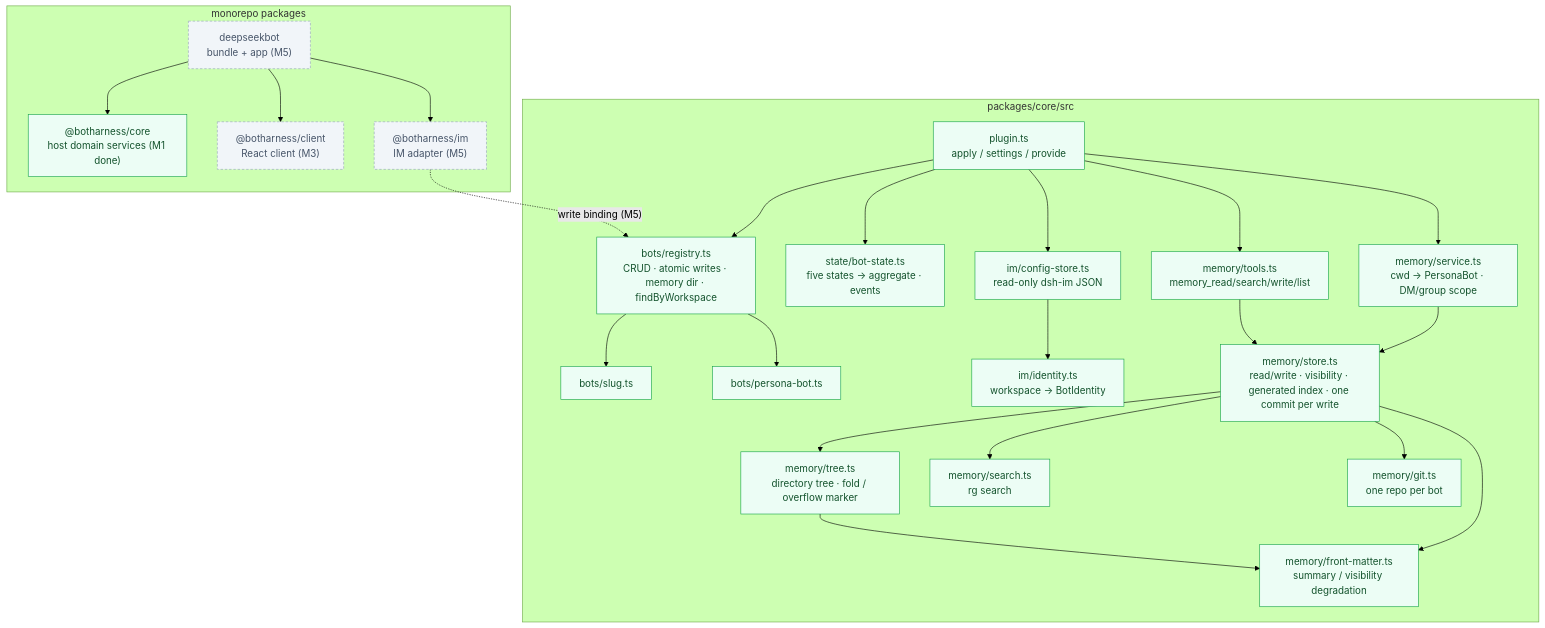
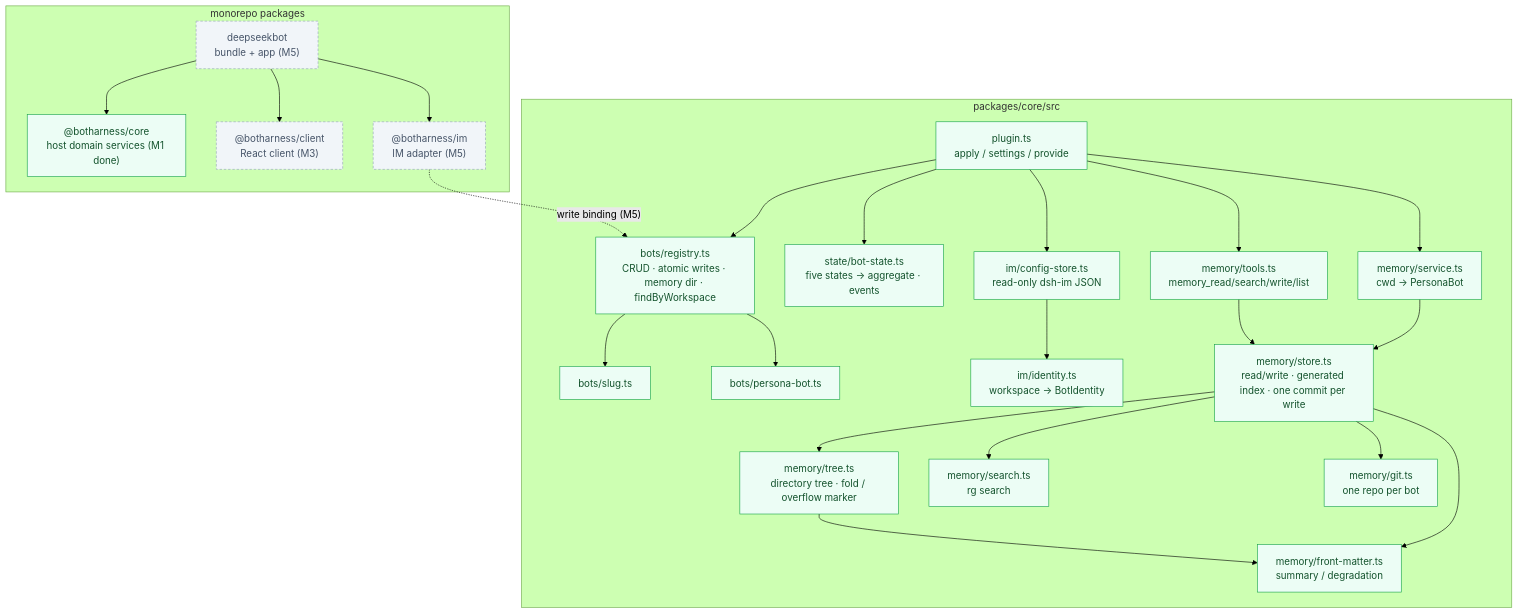
Before and after one commit to BotHarness/BotHarness: the second of 6 diagrams in docs/architecture/botharness-architecture.en.md, drawn with Mermaid (forest theme). The commit also changed other lines of this file and 44 other files, not shown here.

First line of the commit message:
refactor(core): drop memory visibility and scope — sharing is an export-time decision

````diff
--- a/docs/architecture/botharness-architecture.en.md
+++ b/docs/architecture/botharness-architecture.en.md
@@ -44,52 +44,52 @@
 ```mermaid
 flowchart TB
   subgraph pkgs["monorepo packages"]
     Bundle["deepseekbot<br/>bundle + app (M5)"]
     CorePkg["@botharness/core<br/>host domain services (M1 done)"]
     ClientPkg["@botharness/client<br/>React client (M3)"]
     ImPkg["@botharness/im<br/>IM adapter (M5)"]
   end
 
   Bundle --> CorePkg
   Bundle --> ClientPkg
   Bundle --> ImPkg
 
   subgraph core["packages/core/src"]
     Plugin["plugin.ts<br/>apply / settings / provide"]
     Registry["bots/registry.ts<br/>CRUD · atomic writes · memory dir · findByWorkspace"]
     Slug["bots/slug.ts"]
     Record["bots/persona-bot.ts"]
     State["state/bot-state.ts<br/>five states → aggregate · events"]
     Store["im/config-store.ts<br/>read-only dsh-im JSON"]
     Identity["im/identity.ts<br/>workspace → BotIdentity"]
-    MemoryService["memory/service.ts<br/>cwd → PersonaBot · DM/group scope"]
+    MemoryService["memory/service.ts<br/>cwd → PersonaBot"]
     MemoryTools["memory/tools.ts<br/>memory_read/search/write/list"]
-    MemoryStore["memory/store.ts<br/>read/write · visibility · generated index · one commit per write"]
+    MemoryStore["memory/store.ts<br/>read/write · generated index · one commit per write"]
     MemoryTree["memory/tree.ts<br/>directory tree · fold / overflow marker"]
     MemorySearch["memory/search.ts<br/>rg search"]
     MemoryGit["memory/git.ts<br/>one repo per bot"]
-    FrontMatter["memory/front-matter.ts<br/>summary / visibility degradation"]
+    FrontMatter["memory/front-matter.ts<br/>summary / degradation"]
   end
 
   Plugin --> Registry
   Plugin --> State
   Plugin --> Store
   Plugin --> MemoryService
   Plugin --> MemoryTools
   Registry --> Slug
   Registry --> Record
   Store --> Identity
   MemoryService --> MemoryStore
   MemoryTools --> MemoryStore
   MemoryStore --> MemoryTree
   MemoryStore --> MemorySearch
   MemoryStore --> MemoryGit
   MemoryStore --> FrontMatter
   MemoryTree --> FrontMatter
   ImPkg -.->|"write binding (M5)"| Registry
 
   classDef ours fill:#ecfdf5,stroke:#16a34a,color:#14532d;
   classDef later fill:#f1f5f9,stroke:#94a3b8,color:#475569,stroke-dasharray:4 3;
   class CorePkg,Plugin,Registry,Slug,Record,State,Store,Identity,MemoryService,MemoryTools,MemoryStore,MemoryTree,MemorySearch,MemoryGit,FrontMatter ours;
   class Bundle,ClientPkg,ImPkg later;
 ```
````
